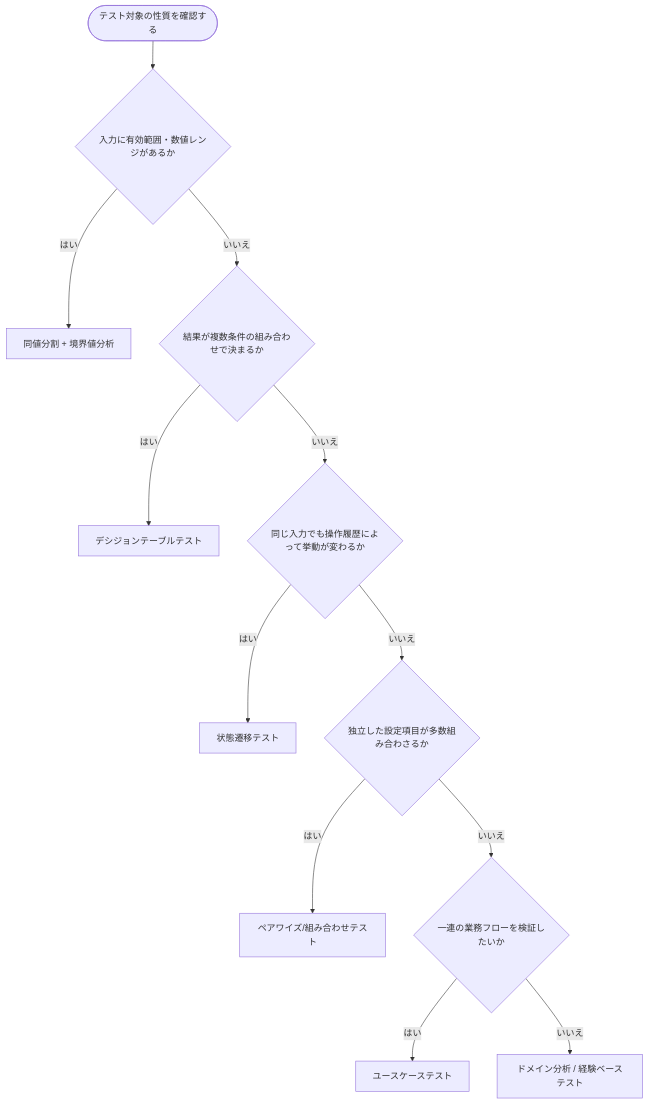
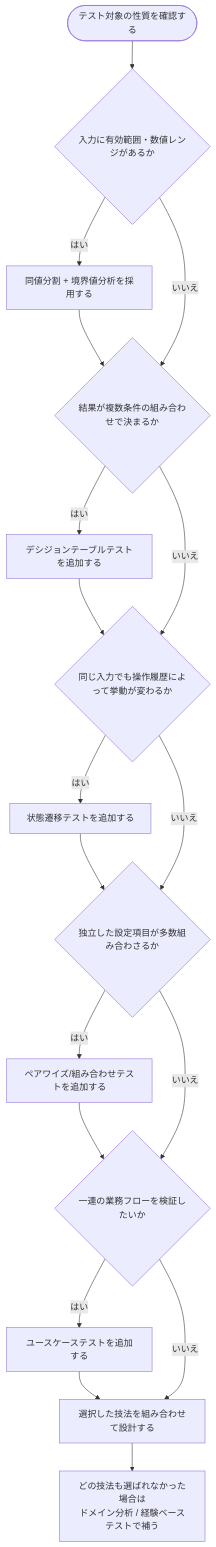
One commit to myoshi2891/Quality-Assurance-Studies changed the fifth of 5 diagrams in Software-test-design-guide.md. Above: the diagram before and after it, drawn with Mermaid. The commit also changed other lines of this file, not shown here.

Commit message:
docs(software-test-design): add test technique decision flowchart and enhance design explanations

````diff
--- a/Software-test-design-guide.md
+++ b/Software-test-design-guide.md
@@ -336,14 +368,20 @@
 ```mermaid
 flowchart TB
     Start(["テスト対象の性質を確認する"]) --> Q1{"入力に有効範囲・数値レンジがあるか"}
-    Q1 -->|はい| T1["同値分割 + 境界値分析"]
-    Q1 -->|いいえ| Q2{"結果が複数条件の組み合わせで決まるか"}
-    Q2 -->|はい| T2["デシジョンテーブルテスト"]
-    Q2 -->|いいえ| Q3{"同じ入力でも操作履歴によって挙動が変わるか"}
-    Q3 -->|はい| T3["状態遷移テスト"]
-    Q3 -->|いいえ| Q4{"独立した設定項目が多数組み合わさるか"}
-    Q4 -->|はい| T4["ペアワイズ/組み合わせテスト"]
-    Q4 -->|いいえ| Q5{"一連の業務フローを検証したいか"}
-    Q5 -->|はい| T5["ユースケーステスト"]
-    Q5 -->|いいえ| T6["ドメイン分析 / 経験ベーステスト"]
+    Q1 -->|はい| T1["同値分割 + 境界値分析を採用する"]
+    T1 --> Q2{"結果が複数条件の組み合わせで決まるか"}
+    Q1 -->|いいえ| Q2
+    Q2 -->|はい| T2["デシジョンテーブルテストを追加する"]
+    T2 --> Q3{"同じ入力でも操作履歴によって挙動が変わるか"}
+    Q2 -->|いいえ| Q3
+    Q3 -->|はい| T3["状態遷移テストを追加する"]
+    T3 --> Q4{"独立した設定項目が多数組み合わさるか"}
+    Q3 -->|いいえ| Q4
+    Q4 -->|はい| T4["ペアワイズ/組み合わせテストを追加する"]
+    T4 --> Q5{"一連の業務フローを検証したいか"}
+    Q4 -->|いいえ| Q5
+    Q5 -->|はい| T5["ユースケーステストを追加する"]
+    T5 --> Goal["選択した技法を組み合わせて設計する"]
+    Q5 -->|いいえ| Goal
+    Goal --> Fallback["どの技法も選ばれなかった場合は<br/>ドメイン分析 / 経験ベーステストで補う"]
 ```
````
